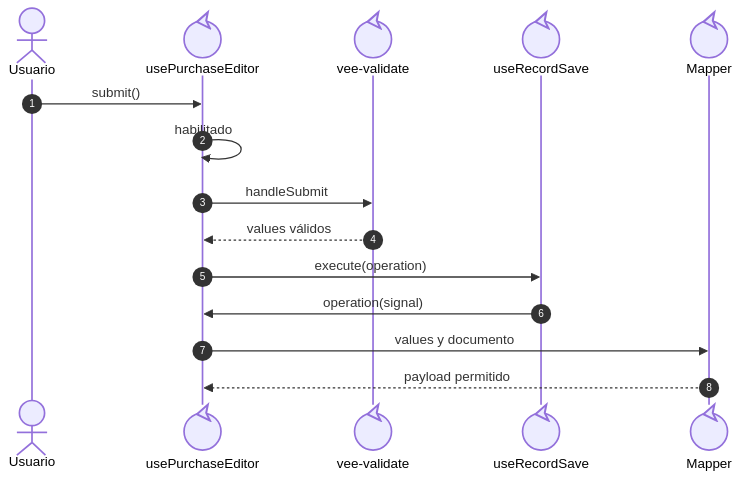
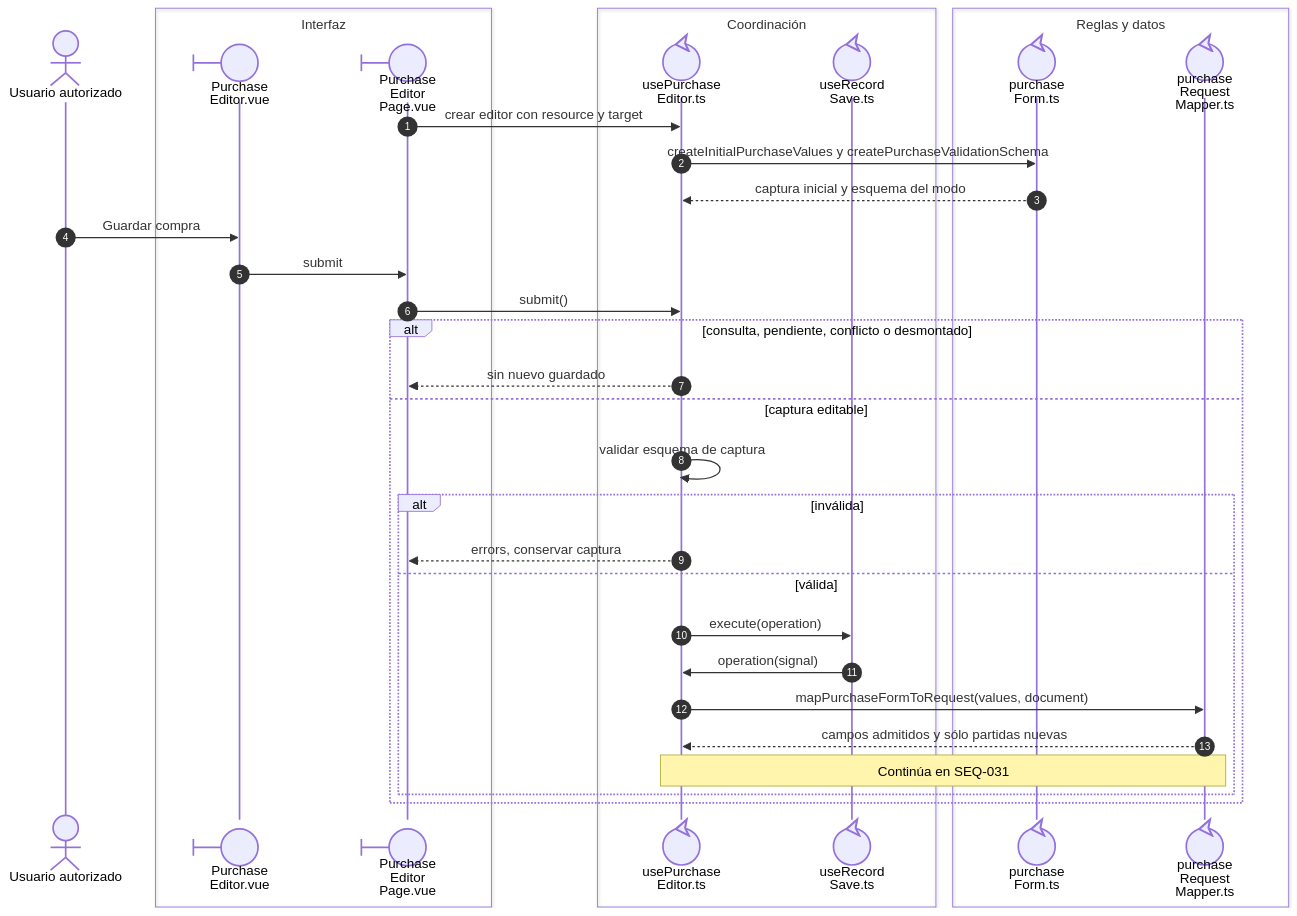
Before and after one commit to gpgsistemas01/nexus: the first of 3 diagrams in front/docs/architecture/views/processes/06-purchases/02-purchase-save.md, drawn with Mermaid. The commit also changed other lines of this file and 46 other files, not shown here.

Commit message:
docs: alinear secuencias Vue con participantes y callbacks reales

````diff
--- a/front/docs/architecture/views/processes/06-purchases/02-purchase-save.md
+++ b/front/docs/architecture/views/processes/06-purchases/02-purchase-save.md
@@ -15,17 +13,37 @@
 ```mermaid
 sequenceDiagram
     autonumber
-    actor Usuario
-    participant Editor@{ "type": "control" } as usePurchaseEditor
-    participant Form@{ "type": "control" } as vee-validate
-    participant Save@{ "type": "control" } as useRecordSave
-    participant Mapper@{ "type": "control" } as Mapper
-    Usuario->>Editor: submit()
-    Editor->>Editor: habilitado
-    Editor->>Form: handleSubmit
-    Form-->>Editor: values válidos
-    Editor->>Save: execute(operation)
-    Save->>Editor: operation(signal)
-    Editor->>Mapper: values y documento
-    Mapper-->>Editor: payload permitido
+    actor U as Usuario autorizado
+    box Interfaz
+    participant Form@{ "type": "boundary" } as Purchase<br/>Editor.vue
+    participant Page@{ "type": "boundary" } as Purchase<br/>Editor<br/>Page.vue
+    end
+    box Coordinación
+    participant Editor@{ "type": "control" } as usePurchase<br/>Editor.ts
+    participant Save@{ "type": "control" } as useRecord<br/>Save.ts
+    end
+    box Reglas y datos
+    participant Schema@{ "type": "control" } as purchase<br/>Form.ts
+    participant Mapper@{ "type": "control" } as purchase<br/>Request<br/>Mapper.ts
+    end
+    Page->>Editor: crear editor con resource y target
+    Editor->>Schema: createInitialPurchaseValues y createPurchaseValidationSchema
+    Schema-->>Editor: captura inicial y esquema del modo
+    U->>Form: Guardar compra
+    Form->>Page: submit
+    Page->>Editor: submit()
+    alt consulta, pendiente, conflicto o desmontado
+        Editor-->>Page: sin nuevo guardado
+    else captura editable
+        Editor->>Editor: validar esquema de captura
+        alt inválida
+            Editor-->>Page: errors, conservar captura
+        else válida
+            Editor->>Save: execute(operation)
+            Save->>Editor: operation(signal)
+            Editor->>Mapper: mapPurchaseFormToRequest(values, document)
+            Mapper-->>Editor: campos admitidos y sólo partidas nuevas
+            Note over Editor,Mapper: Continúa en SEQ-031
+        end
+    end
 ```
````
